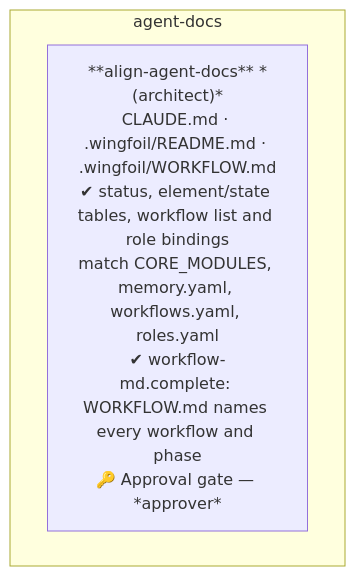
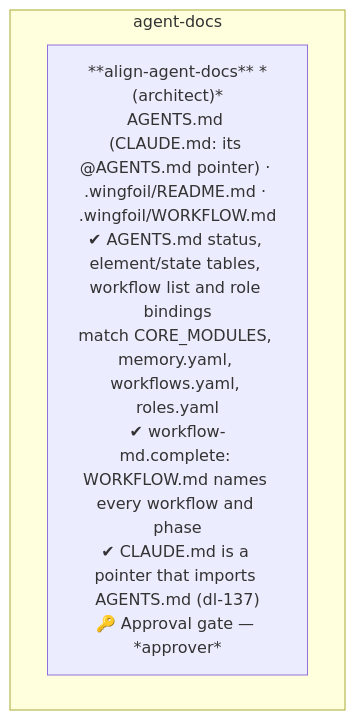
One commit to wingfoil/wingfoil changed diagram 13 of 29 in .wingfoil/WORKFLOW.md. Above: the diagram before and after it, drawn with Mermaid. The commit also changed other lines of this file and 2 other files, not shown here.

First line of the commit message:
docs(config): task-252 — .wingfoil/README.md, WORKFLOW.md and wingfoil-cli 1.1 aligned: AGENTS.md, the workflow commands, the phase keys, the integration branch (bug-220, bug-239, bug-302)

````diff
--- a/.wingfoil/WORKFLOW.md
+++ b/.wingfoil/WORKFLOW.md
@@ -374,6 +374,6 @@
 ```mermaid
 flowchart TD
     subgraph AD["agent-docs"]
-        AGD["**align-agent-docs** *(architect)*\nCLAUDE.md · .wingfoil/README.md · .wingfoil/WORKFLOW.md\n✔ status, element/state tables, workflow list and role bindings\nmatch CORE_MODULES, memory.yaml, workflows.yaml, roles.yaml\n✔ workflow-md.complete: WORKFLOW.md names every workflow and phase\n🔑 Approval gate — *approver*"]
+        AGD["**align-agent-docs** *(architect)*\nAGENTS.md (CLAUDE.md: its @AGENTS.md pointer) · .wingfoil/README.md · .wingfoil/WORKFLOW.md\n✔ AGENTS.md status, element/state tables, workflow list and role bindings\nmatch CORE_MODULES, memory.yaml, workflows.yaml, roles.yaml\n✔ workflow-md.complete: WORKFLOW.md names every workflow and phase\n✔ CLAUDE.md is a pointer that imports AGENTS.md (dl-137)\n🔑 Approval gate — *approver*"]
     end
 ```
````
